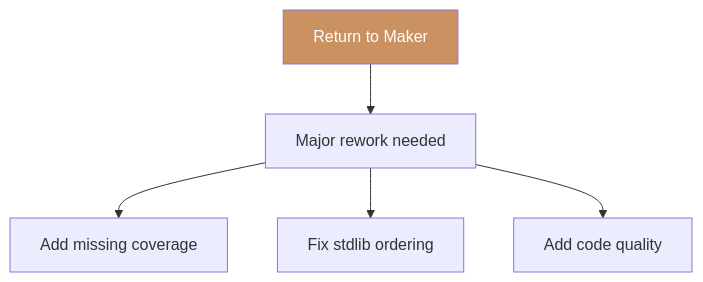
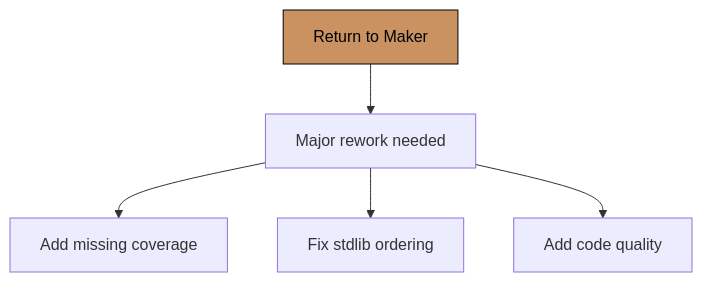
The second of 2 diagrams in repo-governance/workflows/ayokoding-web/ayokoding-web-in-the-field-quality-gate/003-user-review.md (wahidyankf/ose-public), drawn with Mermaid before and after one commit. The commit also changed other lines of this file and 90 other files, not shown here.

First line of the commit message:
docs(governance): make repo-governance diagrams accessible

````diff
--- a/repo-governance/workflows/ayokoding-web/ayokoding-web-in-the-field-quality-gate/003-user-review.md
+++ b/repo-governance/workflows/ayokoding-web/ayokoding-web-in-the-field-quality-gate/003-user-review.md
@@ -54,9 +59,12 @@
 ```mermaid
 graph TD
+    accTitle: 3. User Review (Manual Decision Point) (2)
+    accDescr: Return to Maker leads to Major rework needed; Major rework needed leads to Add missing coverage; Major rework needed leads to Fix stdlib ordering; Major rework needed leads to Add code quality.
     C[Return to Maker] --> G[Major rework needed]
     G --> H[Add missing coverage]
     G --> I[Fix stdlib ordering]
     G --> J[Add code quality]
 
-    style C fill:#CA9161,color:#fff
+    classDef brown fill:#CA9161,stroke:#000000,color:#000000
+    class C brown
 ```
````
